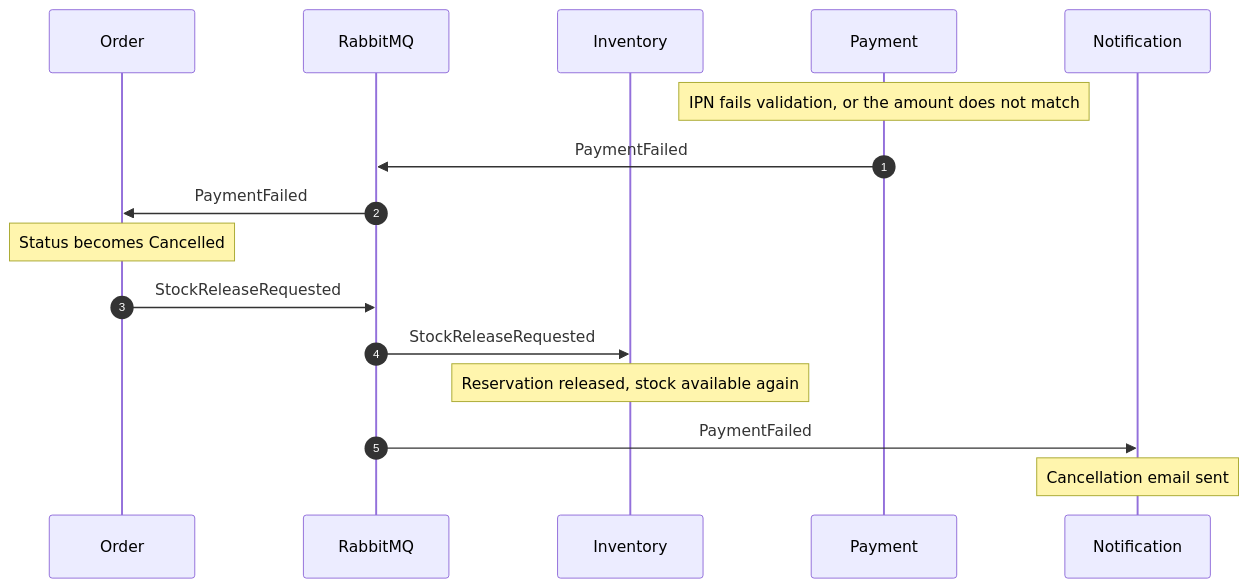
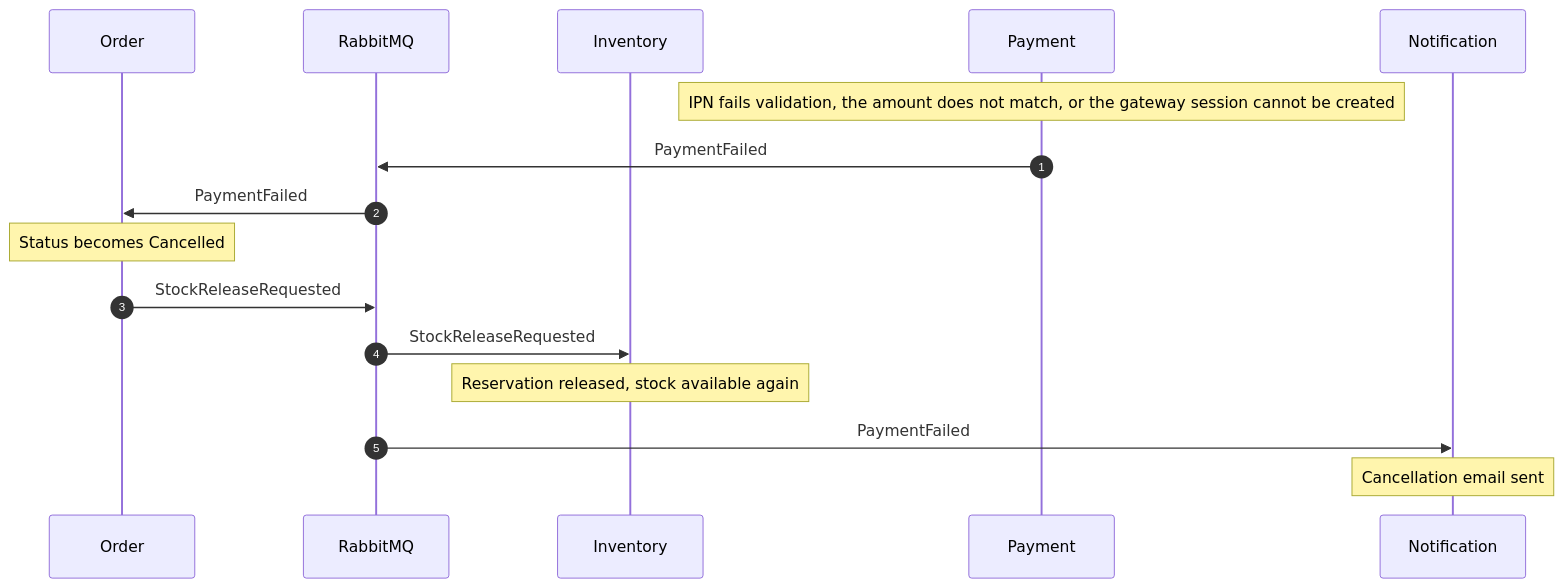
The fifth of 7 diagrams in README.md (tusar-molla/ecommerce-microservices), drawn with Mermaid before and after one commit. The commit also changed other lines of this file, not shown here.

Commit message:
Rewrite README around Docker Compose: one-command setup, configuration reference, troubleshooting, updated roadmap

````diff
--- a/README.md
+++ b/README.md
@@ -175,19 +205,19 @@
 ```mermaid
 sequenceDiagram
     autonumber
     participant O as Order
     participant MQ as RabbitMQ
     participant I as Inventory
     participant P as Payment
     participant N as Notification
 
-    Note over P: IPN fails validation, or the amount does not match
+    Note over P: IPN fails validation, the amount does not match, or the gateway session cannot be created
     P->>MQ: PaymentFailed
     MQ->>O: PaymentFailed
     Note over O: Status becomes Cancelled
     O->>MQ: StockReleaseRequested
     MQ->>I: StockReleaseRequested
     Note over I: Reservation released, stock available again
     MQ->>N: PaymentFailed
     Note over N: Cancellation email sent
 ```
````
